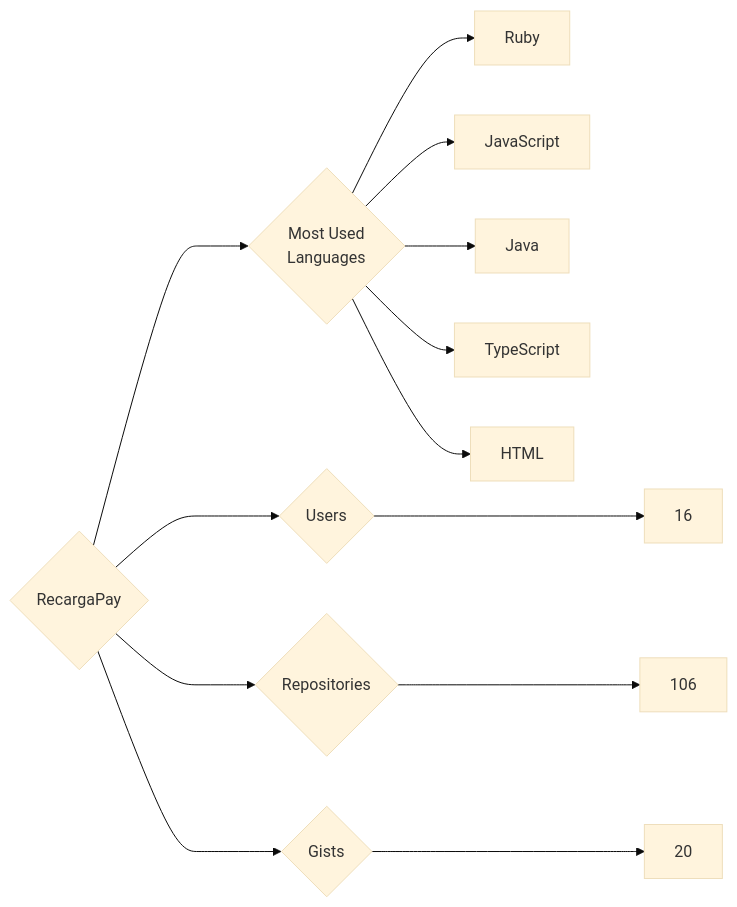
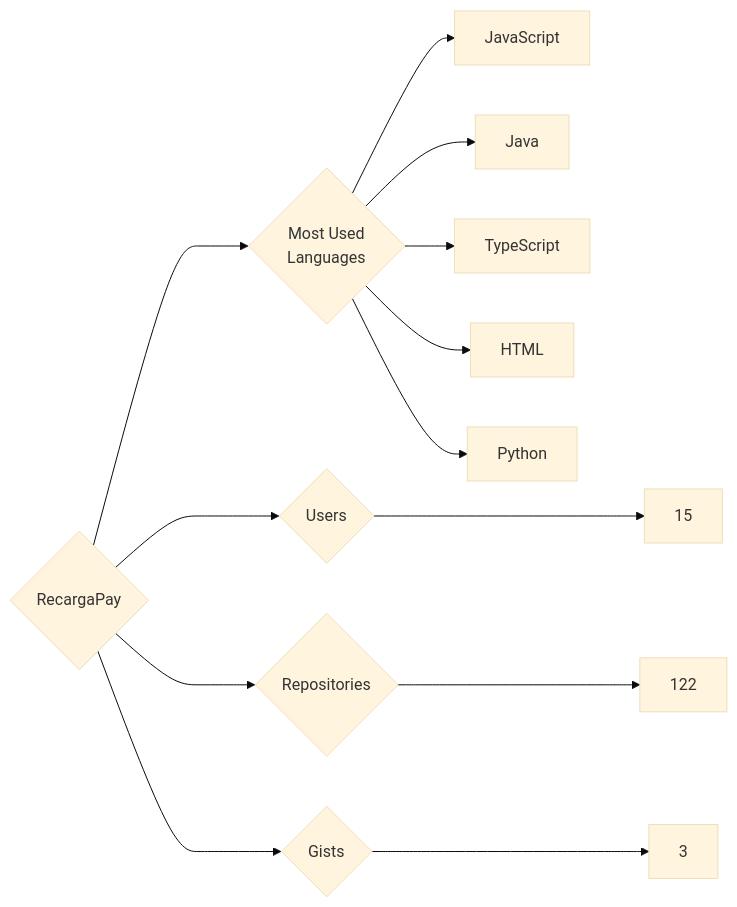
Before and after one commit to trickest/insiders: the diagram in targets/RecargaPay/README.md, drawn with Mermaid (base theme). The commit also changed 964 other files, not shown here.

````diff
--- a/targets/RecargaPay/README.md
+++ b/targets/RecargaPay/README.md
@@ -3,13 +3,13 @@
 ```mermaid
 graph LR
 COMPANY_NAME{RecargaPay}
-COMPANY_NAME ---> U{Users} ---> UN[16]
-COMPANY_NAME ---> R{Repositories} ---> RN[106]
-COMPANY_NAME ---> G{Gists} ---> GN[20]
+COMPANY_NAME ---> U{Users} ---> UN[15]
+COMPANY_NAME ---> R{Repositories} ---> RN[122]
+COMPANY_NAME ---> G{Gists} ---> GN[3]
 COMPANY_NAME ---> ML{Most Used<br>Languages}
-ML --> Ruby[Ruby]
 ML --> JavaScript[JavaScript]
 ML --> Java[Java]
 ML --> TypeScript[TypeScript]
 ML --> HTML[HTML]
+ML --> Python[Python]
 ```
````
